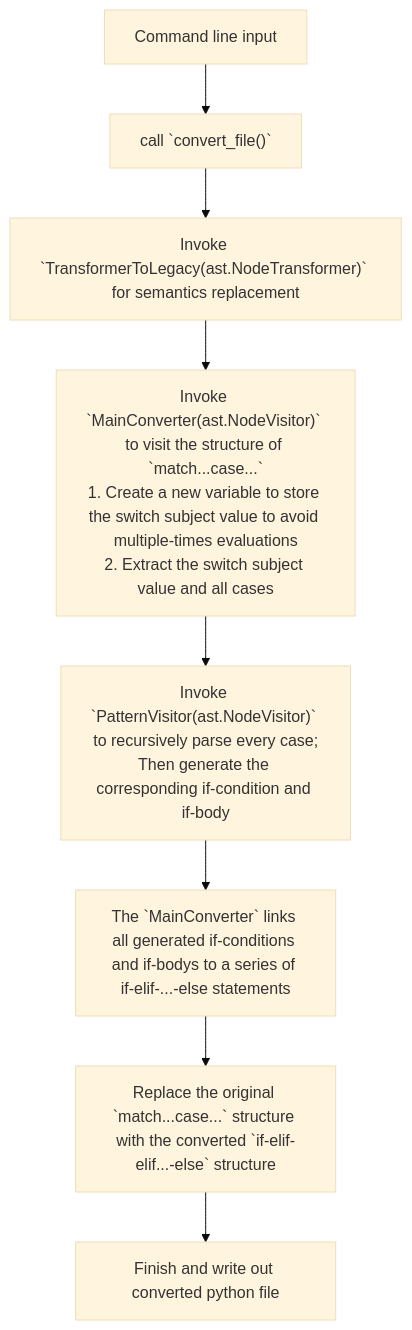
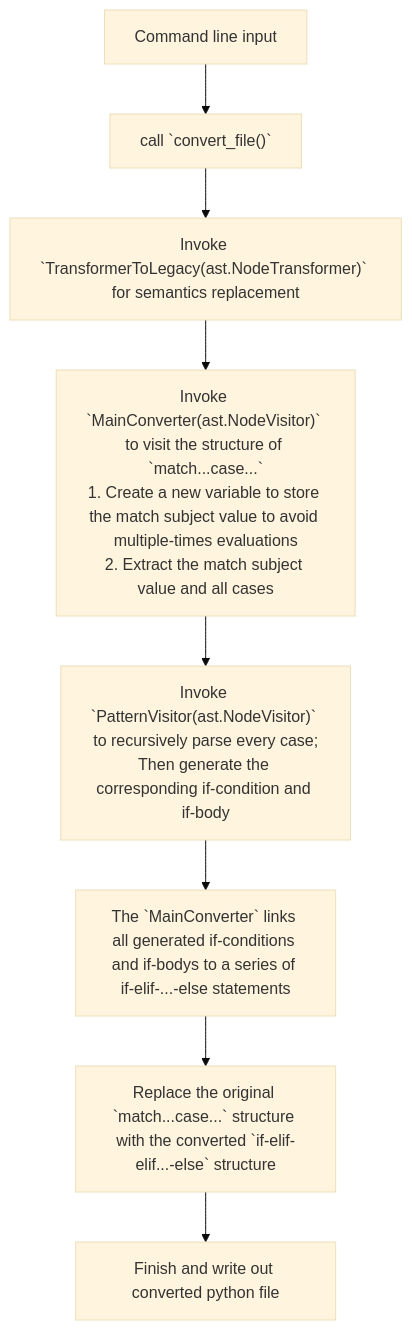
One commit to h-mole/pyvercompat changed the diagram in README.md. Above: the diagram before and after it, drawn with Mermaid (base theme). The commit also changed 1 other file, not shown here.

Commit message:
added readme_zh

````diff
--- a/README.md
+++ b/README.md
@@ -145,12 +145,12 @@
 ```mermaid
 graph TD
 cmd[Command line input]
 convert_file["call `convert_file()`"]
 invoke_transformer["Invoke `TransformerToLegacy(ast.NodeTransformer)` for semantics replacement"]
-main_converter["Invoke `MainConverter(ast.NodeVisitor)` to visit the structure of `match...case...`<br>1. Create a new variable to store the switch subject value to avoid multiple-times evaluations<br>2. Extract the switch subject value and all cases"]
+main_converter["Invoke `MainConverter(ast.NodeVisitor)` to visit the structure of `match...case...`<br>1. Create a new variable to store the match subject value to avoid multiple-times evaluations<br>2. Extract the match subject value and all cases"]
 parse_cases["Invoke `PatternVisitor(ast.NodeVisitor)` to recursively parse every case;<br>Then generate the corresponding if-condition and if-body"]
 link_ifs["The `MainConverter` links all generated if-conditions and if-bodys to a series of if-elif-...-else statements"]
 replace_structure["Replace the original `match...case...` structure with the converted `if-elif-elif...-else` structure"]
 finish["Finish and write out converted python file"]
 cmd --> convert_file --> invoke_transformer --> main_converter -->parse_cases --> link_ifs --> replace_structure --> finish
 ```
````
